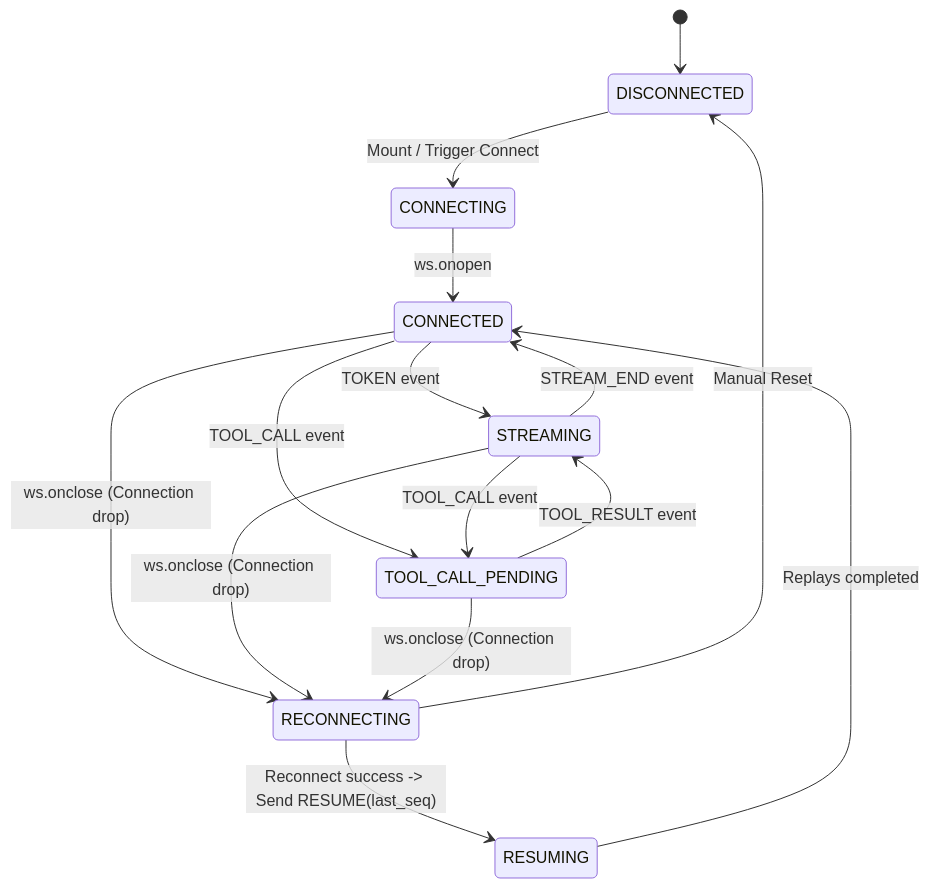
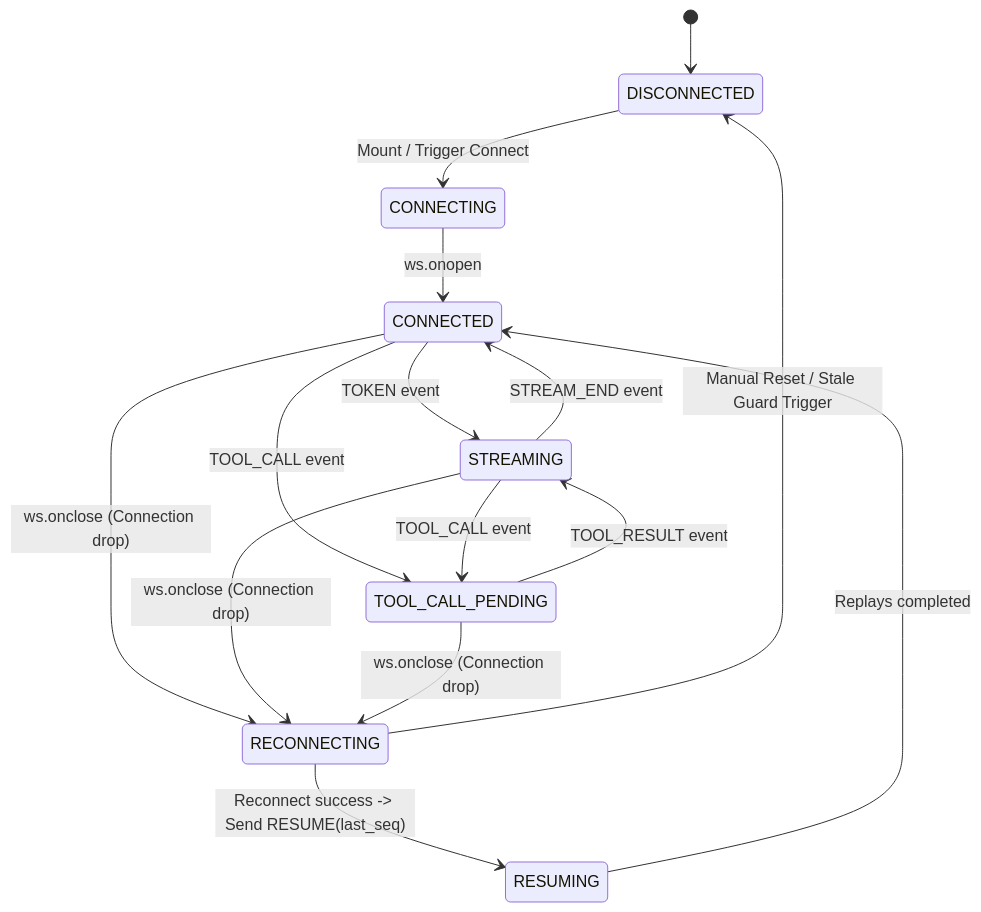
One commit to pvsaravanan/alchemyst-agent-console changed the second of 2 diagrams in README.md. Above: the diagram before and after it, drawn with Mermaid. The commit also changed other lines of this file, not shown here.

````diff
--- a/README.md
+++ b/README.md
@@ -14,19 +72,19 @@
 ```mermaid
 stateDiagram-v2
     [*] --> DISCONNECTED
     DISCONNECTED --> CONNECTING : Mount / Trigger Connect
     CONNECTING --> CONNECTED : ws.onopen
     CONNECTED --> STREAMING : TOKEN event
     CONNECTED --> TOOL_CALL_PENDING : TOOL_CALL event
     STREAMING --> TOOL_CALL_PENDING : TOOL_CALL event
     STREAMING --> CONNECTED : STREAM_END event
     TOOL_CALL_PENDING --> STREAMING : TOOL_RESULT event
     
     CONNECTED --> RECONNECTING : ws.onclose (Connection drop)
     STREAMING --> RECONNECTING : ws.onclose (Connection drop)
     TOOL_CALL_PENDING --> RECONNECTING : ws.onclose (Connection drop)
     
     RECONNECTING --> RESUMING : Reconnect success -> Send RESUME(last_seq)
     RESUMING --> CONNECTED : Replays completed
-    RECONNECTING --> DISCONNECTED : Manual Reset
+    RECONNECTING --> DISCONNECTED : Manual Reset / Stale Guard Trigger
 ```
````
